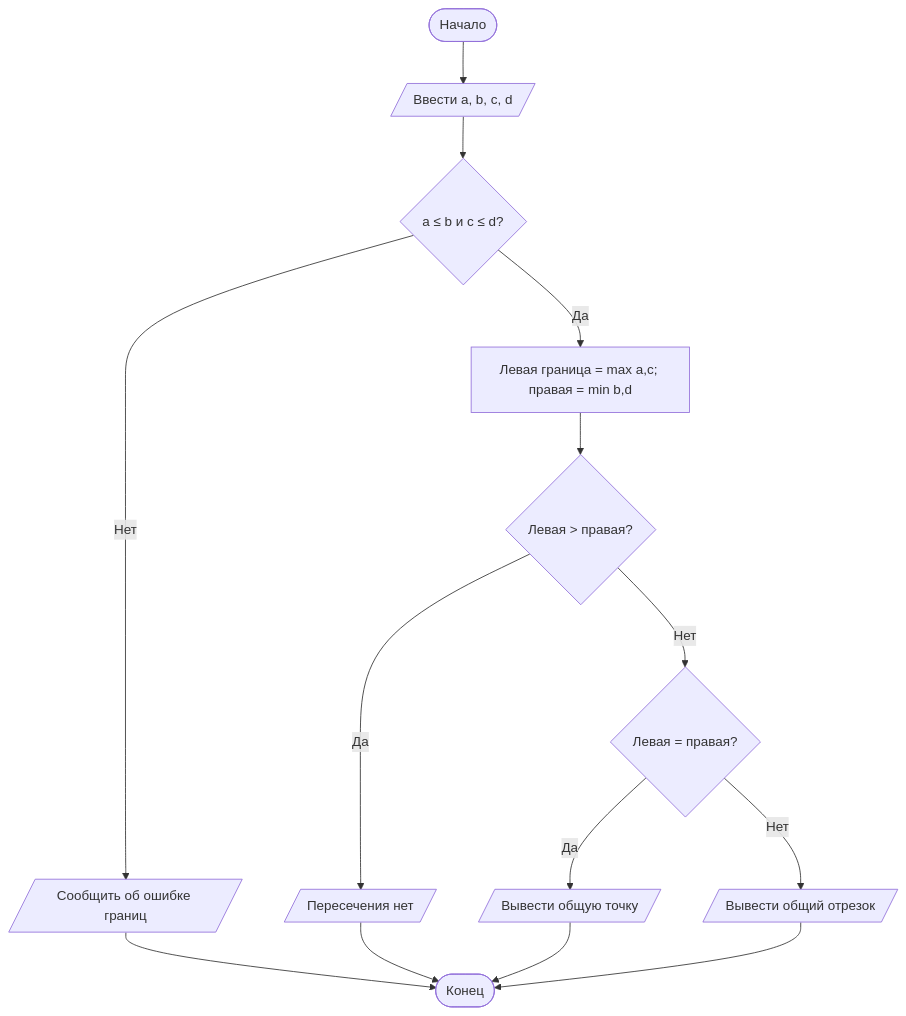
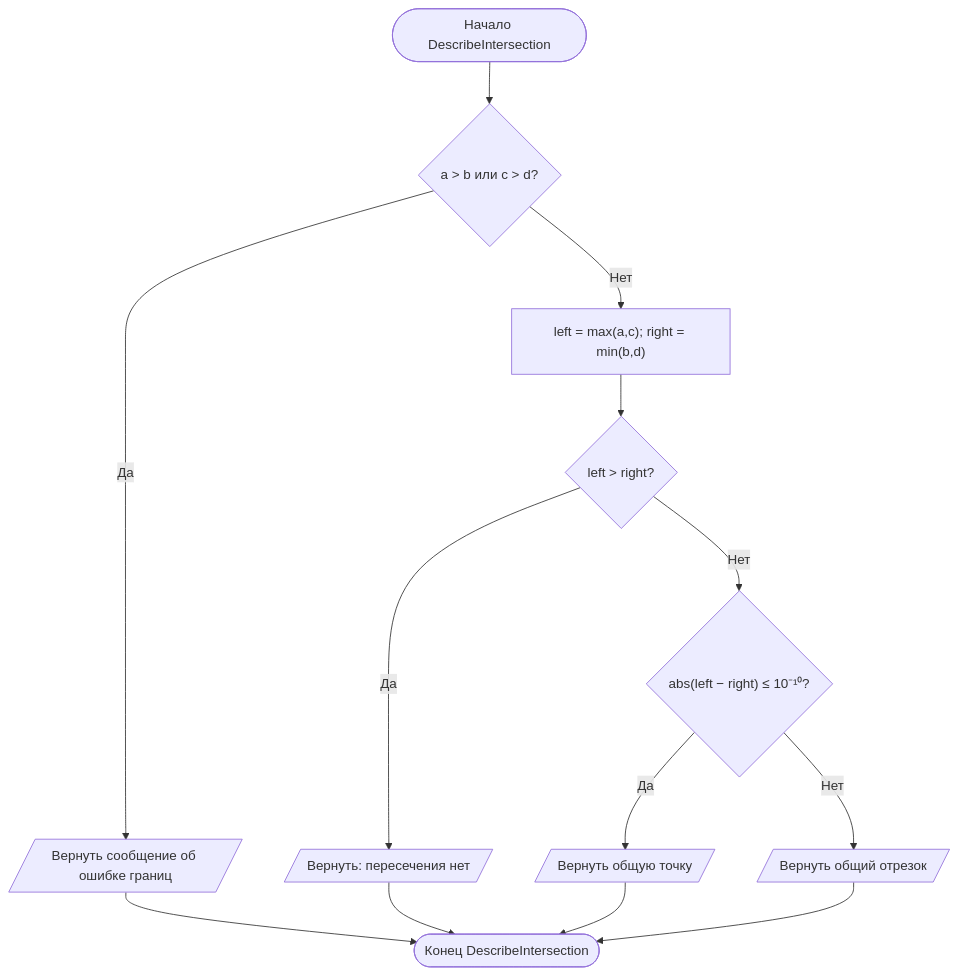
Before and after one commit to lonelyy228/algoritmization-ibd621-2-variant-25-rework: the third of 3 diagrams in Task 2/Task 2-3/Отчёт.md, drawn with Mermaid. The commit also changed other lines of this file and 1 other file, not shown here.

Commit message:
Исправлено сравнение границ и блок-схемы

````diff
--- a/Task 2/Task 2-3/Отчёт.md
+++ b/Task 2/Task 2-3/Отчёт.md
@@ -13,16 +42,15 @@
 ```mermaid
 flowchart TD
-    A([Начало]) --> B[/Ввести a, b, c, d/]
-    B --> C{a ≤ b и c ≤ d?}
-    C -- Нет --> D[/Сообщить об ошибке границ/]
-    C -- Да --> E[Левая граница = max a,c; правая = min b,d]
-    E --> F{Левая > правая?}
-    F -- Да --> G[/Пересечения нет/]
-    F -- Нет --> H{Левая = правая?}
-    H -- Да --> I[/Вывести общую точку/]
-    H -- Нет --> J[/Вывести общий отрезок/]
-    D --> K([Конец])
-    G --> K
-    I --> K
-    J --> K
+    A([Начало DescribeIntersection]) --> B{"a > b или c > d?"}
+    B -- Да --> C[/"Вернуть сообщение об ошибке границ"/]
+    B -- Нет --> D["left = max(a,c); right = min(b,d)"]
+    D --> E{"left > right?"}
+    E -- Да --> F[/"Вернуть: пересечения нет"/]
+    E -- Нет --> G{"abs(left − right) ≤ 10⁻¹⁰?"}
+    G -- Да --> H[/"Вернуть общую точку"/]
+    G -- Нет --> I[/"Вернуть общий отрезок"/]
+    C --> J([Конец DescribeIntersection])
+    F --> J
+    H --> J
+    I --> J
 ```
````
